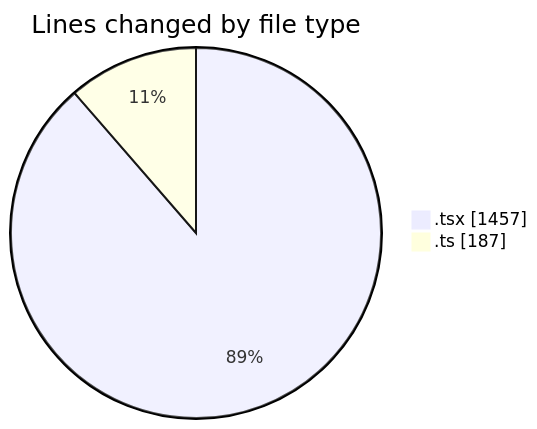
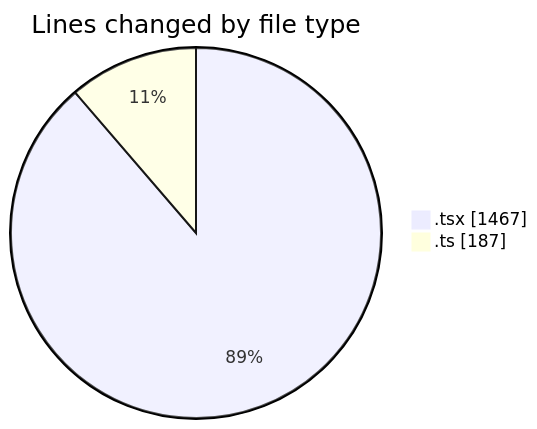
Before and after one commit to robertbonfada/code-tracking: the first of 2 diagrams in 2025-02-03/mbc-web/README.md, drawn with Mermaid. The commit also changed other lines of this file and 1 other file, not shown here.

````diff
--- a/2025-02-03/mbc-web/README.md
+++ b/2025-02-03/mbc-web/README.md
@@ -25,6 +25,6 @@
 ```mermaid
 pie showData
 title Lines changed by file type
-".tsx" : 1457
+".tsx" : 1467
 ".ts" : 187
 ```
````
